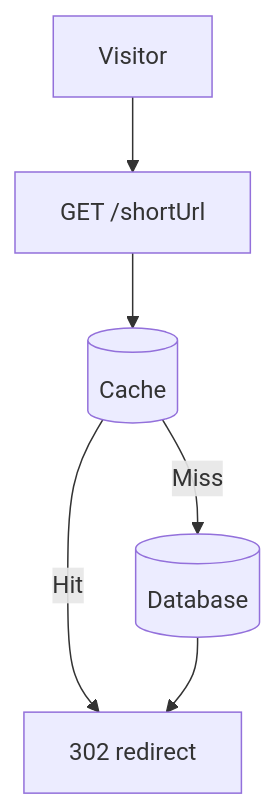
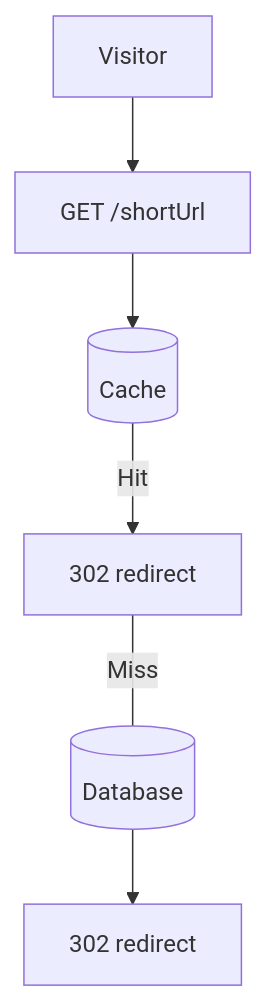
One commit to MasterBhuvnesh/bhuvii changed the second of 2 diagrams in src/content/system-design/url-shortener.md. Above: the diagram before and after it, drawn with Mermaid. The commit also changed other lines of this file and 4 other files, not shown here.

First line of the commit message:
content: HLD articles, diagrams, and theme-aware Mermaid styling

````diff
--- a/src/content/system-design/url-shortener.md
+++ b/src/content/system-design/url-shortener.md
@@ -121,8 +115,5 @@
 ```mermaid
 flowchart TB
-    V[Visitor] --> L[GET /shortUrl]
-    L --> CA[(Cache)]
-    CA -->|Hit| RD[302 redirect]
-    CA -->|Miss| DB2[(Database)]
-    DB2 --> RD
+    V[Visitor] --> L[GET /shortUrl] --> CA[(Cache)] -->|Hit| RD1[302 redirect]
+    RD1 ---|Miss| DB2[(Database)] --> RD2[302 redirect]
 ```
````
